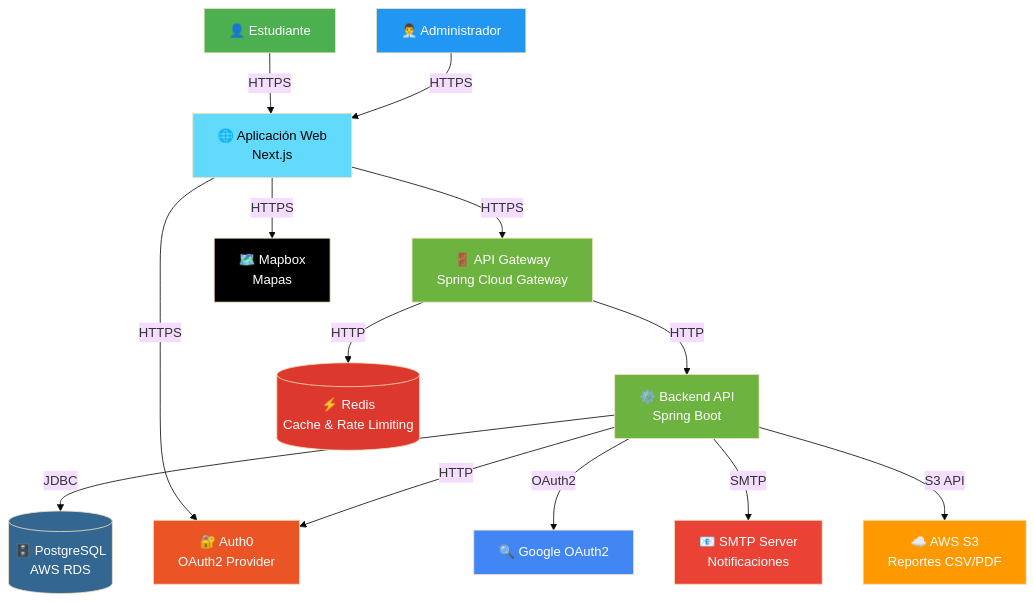
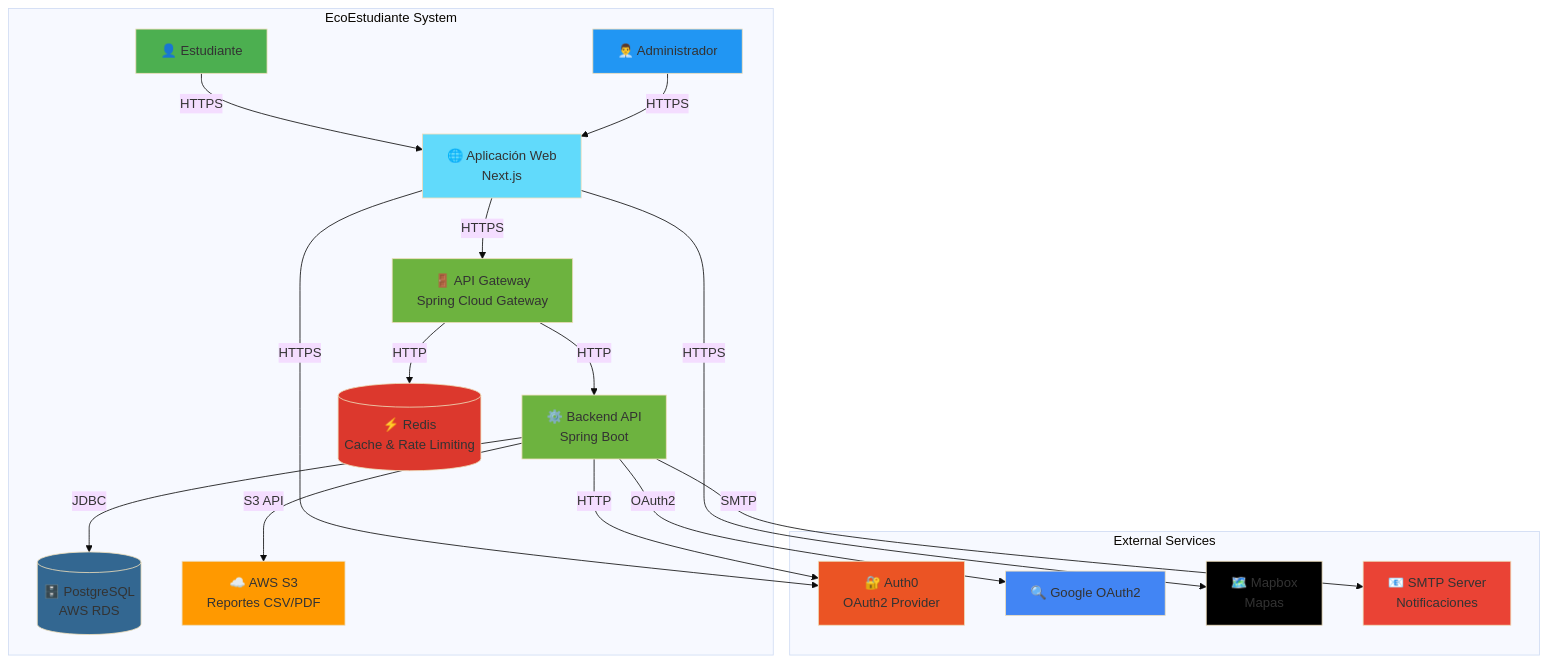
One commit to HectorCano1411/ecoestudiante changed the first of 4 diagrams in README.md. Above: the diagram before and after it, drawn with Mermaid (base theme). The commit also changed other lines of this file, not shown here.

````diff
--- a/README.md
+++ b/README.md
@@ -102,41 +102,46 @@
 ```mermaid
-graph TD
-    Student[👤 Estudiante]
-    Admin[👨‍💼 Administrador]
-    WebApp[🌐 Aplicación Web<br/>Next.js]
-    Gateway[🚪 API Gateway<br/>Spring Cloud Gateway]
-    API[⚙️ Backend API<br/>Spring Boot]
-    DB[(🗄️ PostgreSQL<br/>AWS RDS)]
-    Redis[(⚡ Redis<br/>Cache & Rate Limiting)]
-    S3[☁️ AWS S3<br/>Reportes CSV/PDF]
-    Auth0[🔐 Auth0<br/>OAuth2 Provider]
-    Google[🔍 Google OAuth2]
-    Mapbox[🗺️ Mapbox<br/>Mapas]
-    Email[📧 SMTP Server<br/>Notificaciones]
+graph TB
+    subgraph "EcoEstudiante System"
+        Student[👤 Estudiante]
+        Admin[👨‍💼 Administrador]
+        WebApp[🌐 Aplicación Web<br/>Next.js]
+        Gateway[🚪 API Gateway<br/>Spring Cloud Gateway]
+        API[⚙️ Backend API<br/>Spring Boot]
+        DB[(🗄️ PostgreSQL<br/>AWS RDS)]
+        Redis[(⚡ Redis<br/>Cache & Rate Limiting)]
+        S3[☁️ AWS S3<br/>Reportes CSV/PDF]
+    end
+    
+    subgraph "External Services"
+        Auth0[🔐 Auth0<br/>OAuth2 Provider]
+        Google[🔍 Google OAuth2]
+        Mapbox[🗺️ Mapbox<br/>Mapas]
+        Email[📧 SMTP Server<br/>Notificaciones]
+    end
     
     Student -->|HTTPS| WebApp
     Admin -->|HTTPS| WebApp
     WebApp -->|HTTPS| Gateway
     WebApp -->|HTTPS| Auth0
     WebApp -->|HTTPS| Mapbox
     Gateway -->|HTTP| API
     Gateway -->|HTTP| Redis
     API -->|JDBC| DB
     API -->|HTTP| Auth0
     API -->|OAuth2| Google
     API -->|SMTP| Email
     API -->|S3 API| S3
     
-    style Student fill:#4CAF50,color:#fff
-    style Admin fill:#2196F3,color:#fff
-    style WebApp fill:#61DAFB,color:#000
-    style Gateway fill:#6DB33F,color:#fff
-    style API fill:#6DB33F,color:#fff
-    style DB fill:#336791,color:#fff
-    style Redis fill:#DC382D,color:#fff
-    style S3 fill:#FF9900,color:#fff
-    style Auth0 fill:#EB5424,color:#fff
-    style Google fill:#4285F4,color:#fff
-    style Mapbox fill:#000000,color:#fff
-    style Email fill:#EA4335,color:#fff
+    style Student fill:#4CAF50
+    style Admin fill:#2196F3
+    style WebApp fill:#61DAFB
+    style Gateway fill:#6DB33F
+    style API fill:#6DB33F
+    style DB fill:#336791
+    style Redis fill:#DC382D
+    style S3 fill:#FF9900
+    style Auth0 fill:#EB5424
+    style Google fill:#4285F4
+    style Mapbox fill:#000000
+    style Email fill:#EA4335
 ```
````
